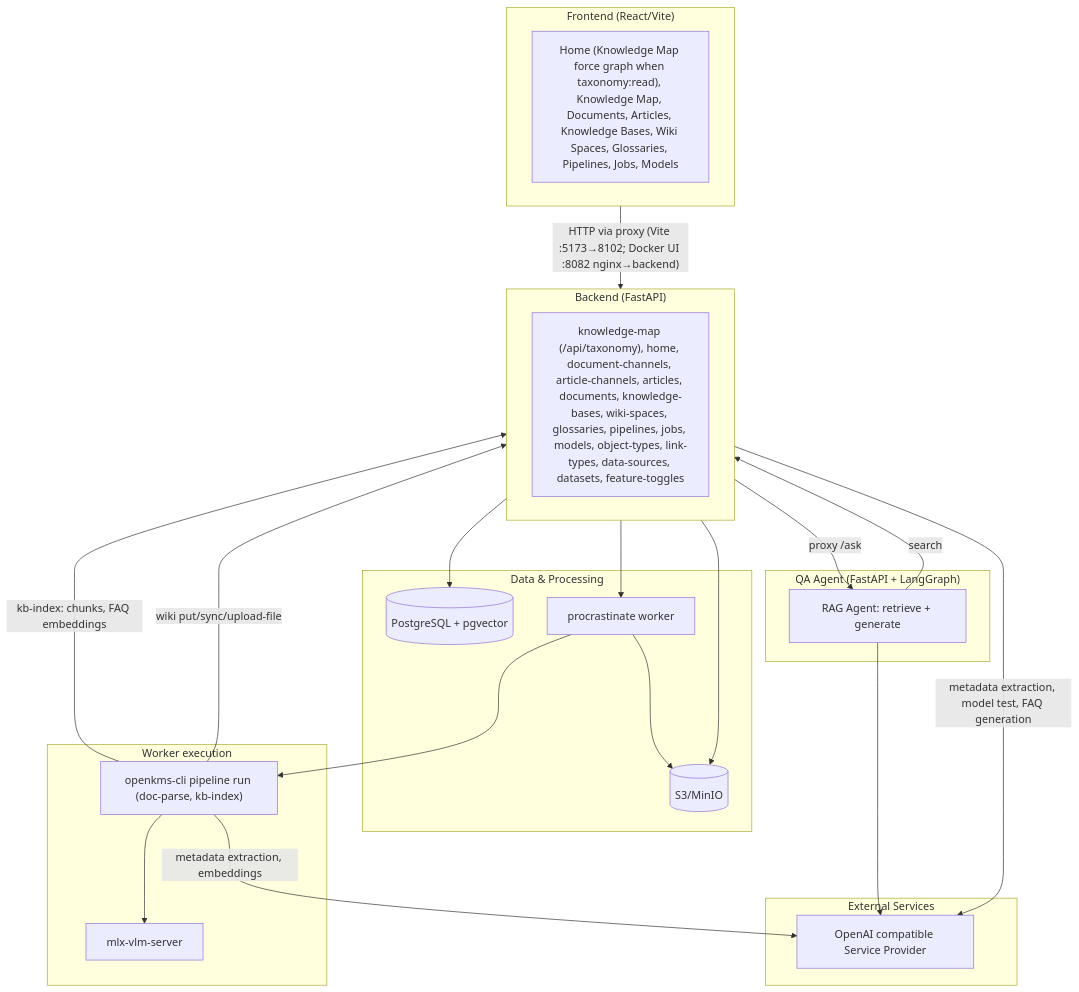
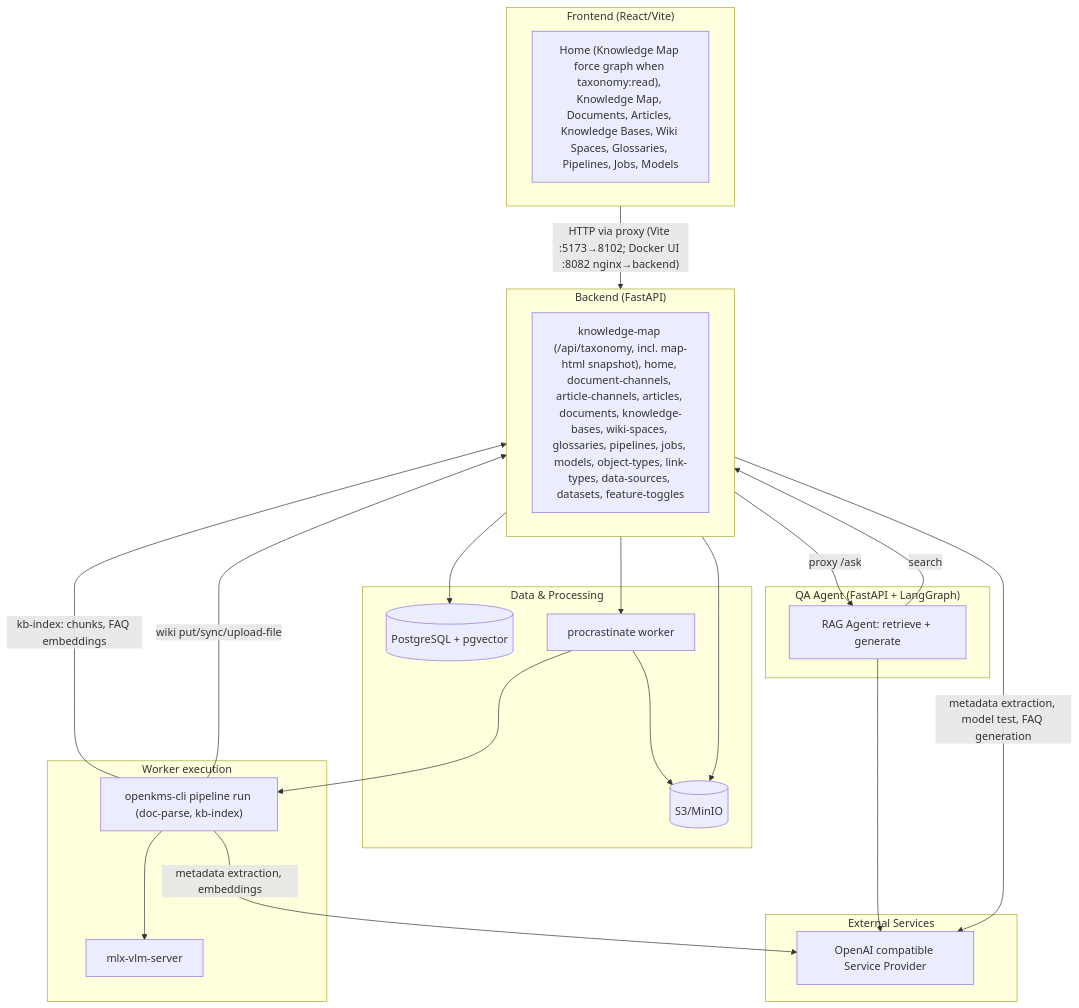
One commit to yingrui/openKMS changed the first of 5 diagrams in docs/architecture.md. Above: the diagram before and after it, drawn with Mermaid. The commit also changed other lines of this file and 18 other files, not shown here.

First line of the commit message:
feat(knowledge-map): add HTML overview snapshot, designer copilot, and nh3 fixes

````diff
--- a/docs/architecture.md
+++ b/docs/architecture.md
@@ -7,44 +7,44 @@
 ```mermaid
 flowchart TB
   subgraph Frontend["Frontend (React/Vite)"]
     FE["Home (Knowledge Map force graph when taxonomy:read), Knowledge Map, Documents, Articles, Knowledge Bases, Wiki Spaces, Glossaries, Pipelines, Jobs, Models"]
   end
 
   subgraph Backend["Backend (FastAPI)"]
-    API["knowledge-map (/api/taxonomy), home, document-channels, article-channels, articles, documents, knowledge-bases, wiki-spaces, glossaries, pipelines, jobs, models, object-types, link-types, data-sources, datasets, feature-toggles"]
+    API["knowledge-map (/api/taxonomy, incl. map-html snapshot), home, document-channels, article-channels, articles, documents, knowledge-bases, wiki-spaces, glossaries, pipelines, jobs, models, object-types, link-types, data-sources, datasets, feature-toggles"]
   end
 
   subgraph Storage["Data & Processing"]
     PG[("PostgreSQL + pgvector")]
     S3[(S3/MinIO)]
     Worker["procrastinate worker"]
   end
 
   subgraph WorkerDetail["Worker execution"]
     CLI["openkms-cli pipeline run (doc-parse, kb-index)"]
     VLM["mlx-vlm-server"]
   end
 
   subgraph QAAgent["QA Agent (FastAPI + LangGraph)"]
     Agent["RAG Agent: retrieve + generate"]
   end
 
   subgraph External["External Services"]
     LLM["OpenAI compatible Service Provider"]
   end
 
   Frontend -->|"HTTP via proxy (Vite :5173→8102; Docker UI :8082 nginx→backend)"| Backend
   Backend --> PG
   Backend --> S3
   Backend --> Worker
   Backend -->|metadata extraction, model test, FAQ generation| LLM
   Backend -->|proxy /ask| Agent
   Agent -->|search| Backend
   Agent --> LLM
   Worker --> S3
   Worker --> CLI
   CLI --> VLM
   CLI -->|metadata extraction, embeddings| LLM
   CLI -->|kb-index: chunks, FAQ embeddings| Backend
   CLI -->|wiki put/sync/upload-file| Backend
 ```
````
